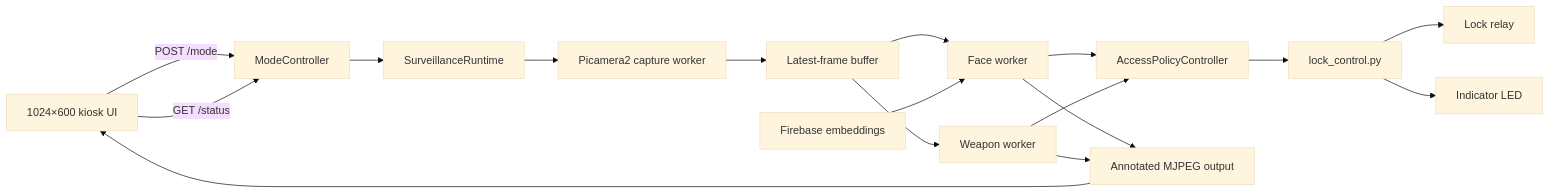
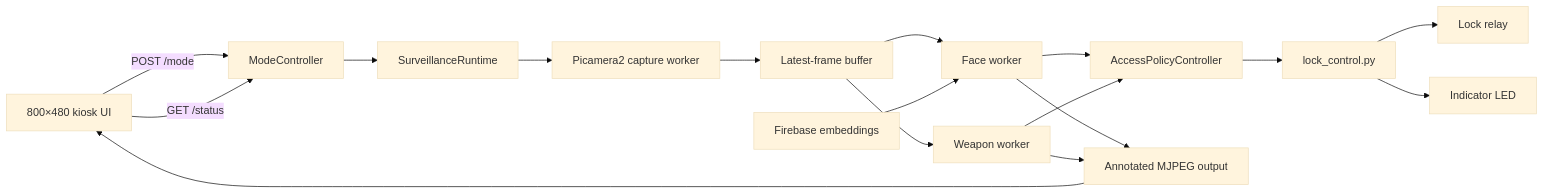
The first of 3 diagrams in README.md (Amd36/Surveillance_system_IERD), drawn with Mermaid (base theme) before and after one commit. The commit also changed other lines of this file and 6 other files, not shown here.

````diff
--- a/README.md
+++ b/README.md
@@ -51,19 +51,19 @@
 ```mermaid
 flowchart LR
-    UI[1024×600 kiosk UI] -->|POST /mode| MC[ModeController]
+    UI[800×480 kiosk UI] -->|POST /mode| MC[ModeController]
     UI -->|GET /status| MC
     MC --> RT[SurveillanceRuntime]
     RT --> CAM[Picamera2 capture worker]
     CAM --> FB[Latest-frame buffer]
     FB --> FACE[Face worker]
     FB --> WEAPON[Weapon worker]
     FACE --> POLICY[AccessPolicyController]
     WEAPON --> POLICY
     POLICY --> GPIO[lock_control.py]
     GPIO --> LOCK[Lock relay]
     GPIO --> LED[Indicator LED]
     FACE --> OUT[Annotated MJPEG output]
     WEAPON --> OUT
     OUT --> UI
     FIREBASE[Firebase embeddings] --> FACE
 ```
````
